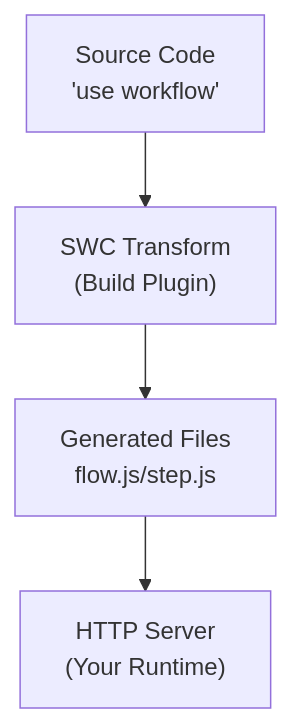
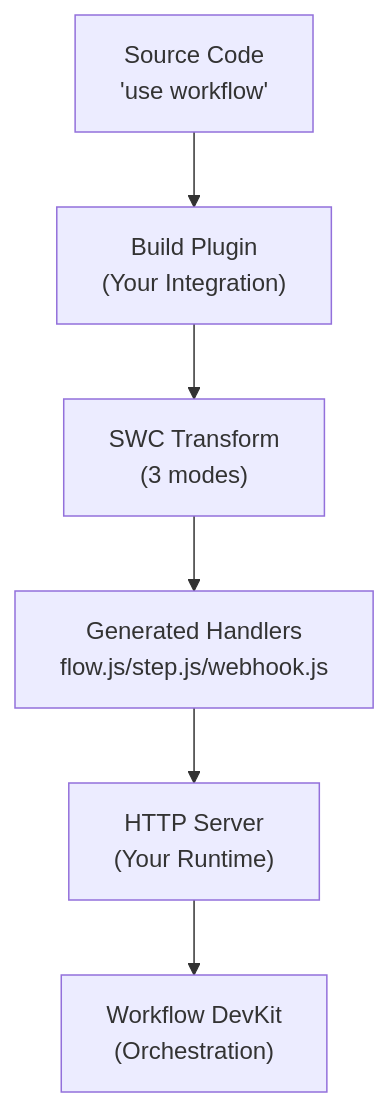
Before and after one commit to vercel/workflow: the diagram in docs/content/docs/how-it-works/framework-integrations.mdx, drawn with Mermaid. The commit also changed other lines of this file and 2 other files, not shown here.

````diff
--- a/docs/content/docs/how-it-works/framework-integrations.mdx
+++ b/docs/content/docs/how-it-works/framework-integrations.mdx
@@ -28,6 +28,8 @@
 ```mermaid
 flowchart TD
-    A["Source Code<br/>'use workflow'"] --> B["SWC Transform<br/>(Build Plugin)"]
-    B --> C["Generated Files<br/>flow.js/step.js"]
-    C --> D["HTTP Server<br/>(Your Runtime)"]
+    A["Source Code<br/>'use workflow'"] --> B["Build Plugin<br/>(Your Integration)"]
+    B --> C["SWC Transform<br/>(3 modes)"]
+    C --> D["Generated Handlers<br/>flow.js/step.js/webhook.js"]
+    D --> E["HTTP Server<br/>(Your Runtime)"]
+    E --> F["Workflow DevKit<br/>(Orchestration)"]
 ```
````
